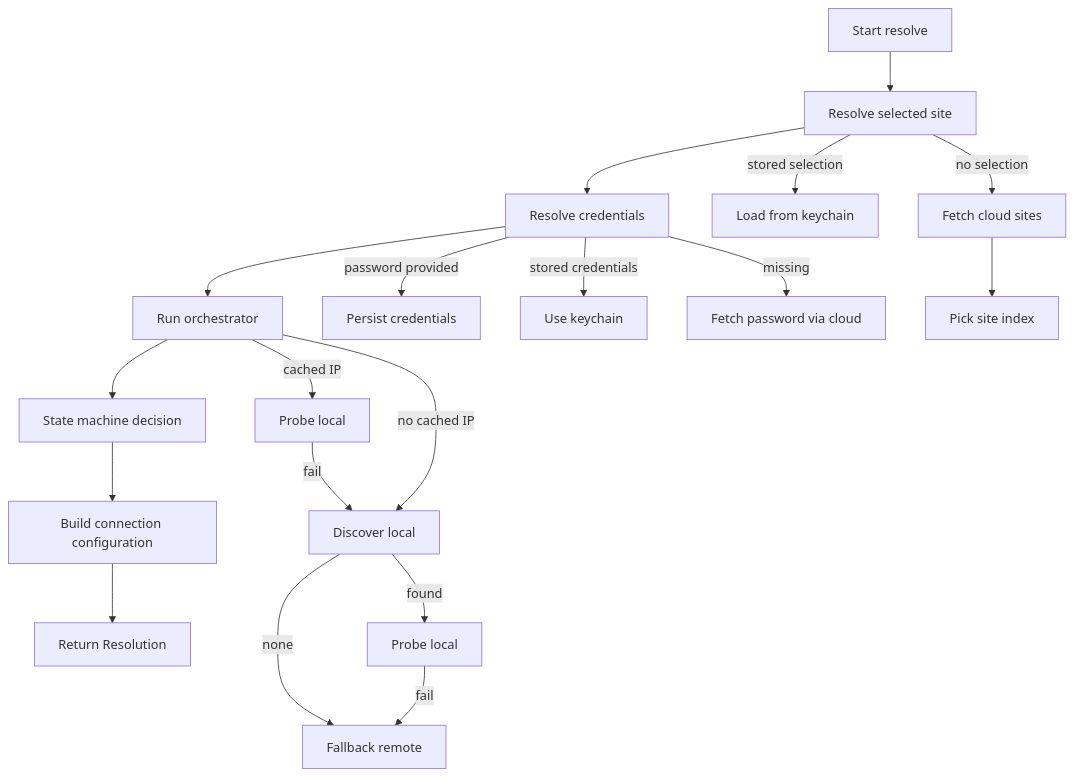
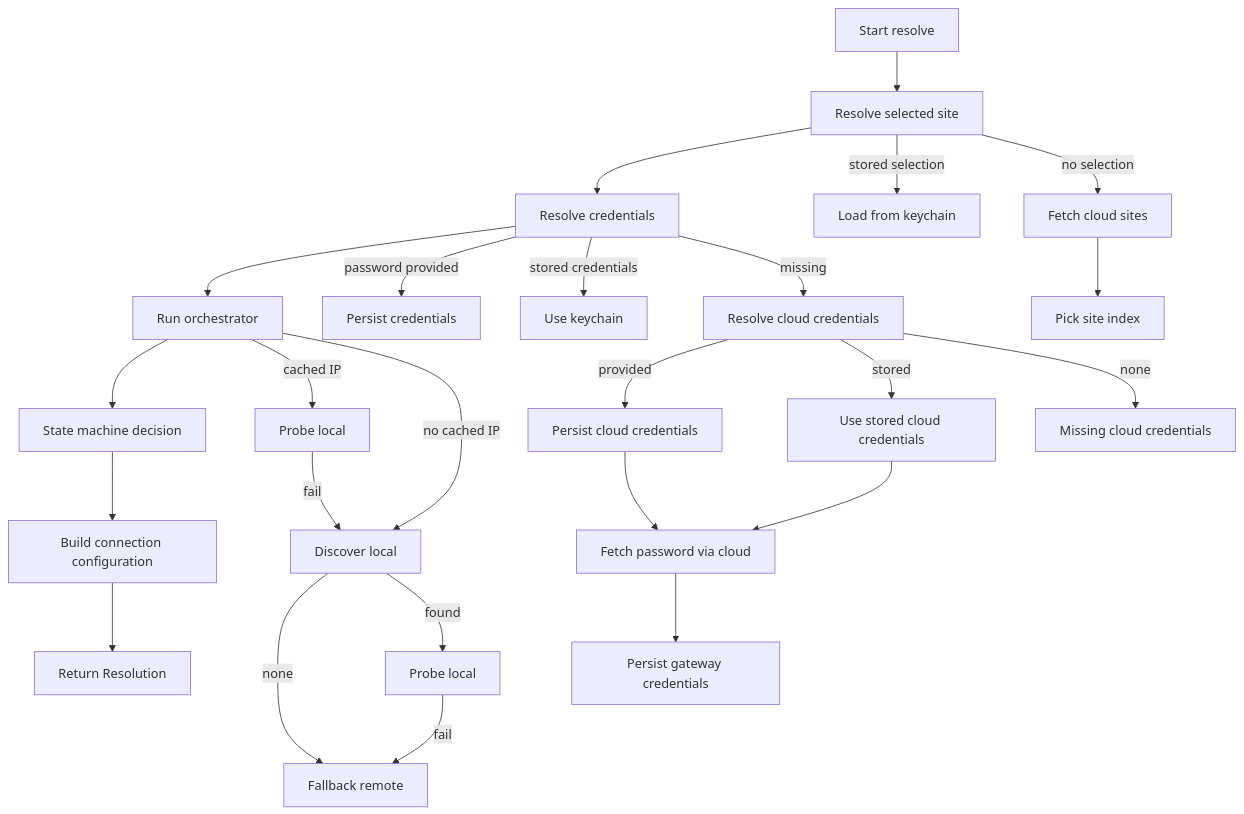
One commit to sideeffect-io/Modyt changed the first of 2 diagrams in .codex/docs/tydom-connection.md. Above: the diagram before and after it, drawn with Mermaid. The commit also changed other lines of this file and 82 other files, not shown here.

Commit message:
Persist cloud credentials in keychain

````diff
--- a/.codex/docs/tydom-connection.md
+++ b/.codex/docs/tydom-connection.md
@@ -124,24 +130,30 @@
 ```mermaid
 flowchart TD
     A[Start resolve] --> B[Resolve selected site]
     B --> C[Resolve credentials]
     C --> D[Run orchestrator]
     D --> E[State machine decision]
     E --> F[Build connection configuration]
     F --> G[Return Resolution]
 
     B -->|stored selection| B1[Load from keychain]
     B -->|no selection| B2[Fetch cloud sites]
     B2 --> B3[Pick site index]
 
     C -->|password provided| C1[Persist credentials]
     C -->|stored credentials| C2[Use keychain]
-    C -->|missing| C3[Fetch password via cloud]
+    C -->|missing| C3[Resolve cloud credentials]
+    C3 -->|provided| C3a[Persist cloud credentials]
+    C3 -->|stored| C3b[Use stored cloud credentials]
+    C3 -->|none| C3c[Missing cloud credentials]
+    C3a --> C4[Fetch password via cloud]
+    C3b --> C4
+    C4 --> C5[Persist gateway credentials]
 
     D -->|cached IP| D1[Probe local]
     D -->|no cached IP| D2[Discover local]
     D1 -->|fail| D2
     D2 -->|none| D3[Fallback remote]
     D2 -->|found| D4[Probe local]
     D4 -->|fail| D3
 ```
````
